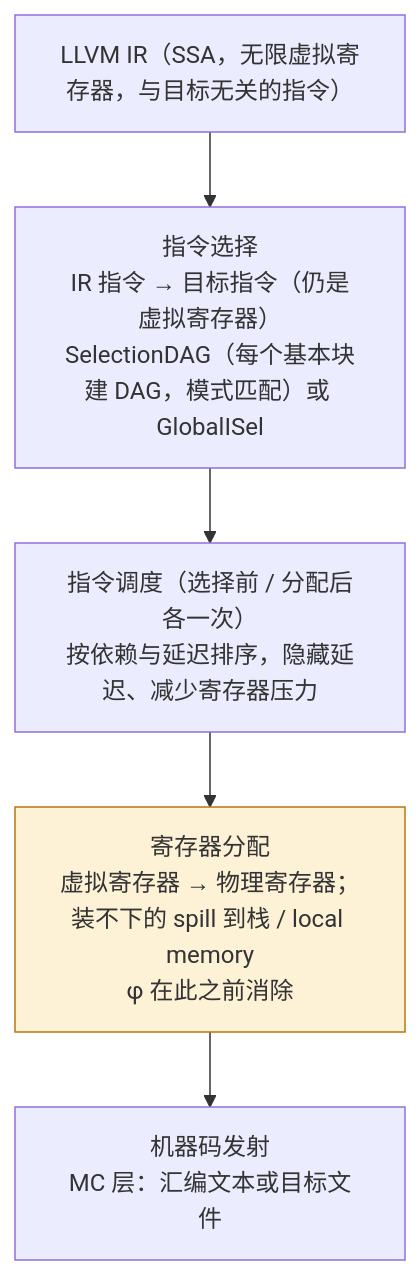
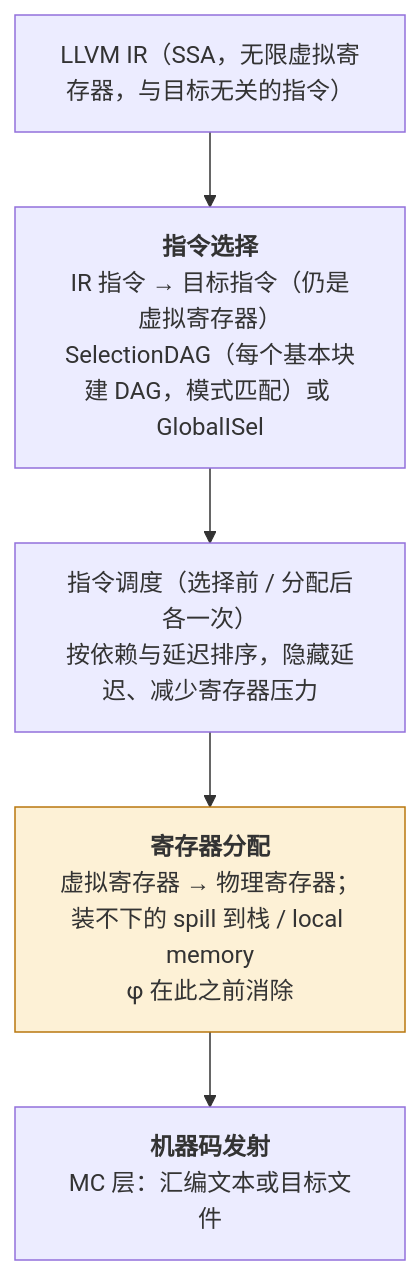
One commit to arganzheng/arganzheng.github.com changed the second of 3 diagrams in _posts/2026-11-23-llvm-the-shared-backend-and-nvptx.md. Above: the diagram before and after it, drawn with Mermaid. The commit also changed other lines of this file and 8 other files, not shown here.

First line of the commit message:
ML 编译器内部：从 SSA、MLIR 到 Triton 编译器：Mermaid 多行方框的首行标为标题（9 篇）

````diff
--- a/_posts/2026-11-23-llvm-the-shared-backend-and-nvptx.md
+++ b/_posts/2026-11-23-llvm-the-shared-backend-and-nvptx.md
@@ -207,13 +207,13 @@
 ```mermaid
 %% 图：后端的三件事：指令选择、指令调度、寄存器分配，前后夹着 IR 输入与机器码发射
 flowchart TB
     ir["LLVM IR（SSA，无限虚拟寄存器，与目标无关的指令）"]
-    isel["指令选择<br/>IR 指令 → 目标指令（仍是虚拟寄存器）<br/>SelectionDAG（每个基本块建 DAG，模式匹配）或 GlobalISel"]
+    isel["<b>指令选择</b><br/>IR 指令 → 目标指令（仍是虚拟寄存器）<br/>SelectionDAG（每个基本块建 DAG，模式匹配）或 GlobalISel"]
     sched["指令调度（选择前 / 分配后各一次）<br/>按依赖与延迟排序，隐藏延迟、减少寄存器压力"]
-    ra["寄存器分配<br/>虚拟寄存器 → 物理寄存器；装不下的 spill 到栈 / local memory<br/>φ 在此之前消除"]
-    emit["机器码发射<br/>MC 层：汇编文本或目标文件"]
+    ra["<b>寄存器分配</b><br/>虚拟寄存器 → 物理寄存器；装不下的 spill 到栈 / local memory<br/>φ 在此之前消除"]
+    emit["<b>机器码发射</b><br/>MC 层：汇编文本或目标文件"]
     ir --> isel --> sched --> ra --> emit
 
     classDef hot fill:#fdf1d6,stroke:#b9770e
     class ra hot
 ```
````
